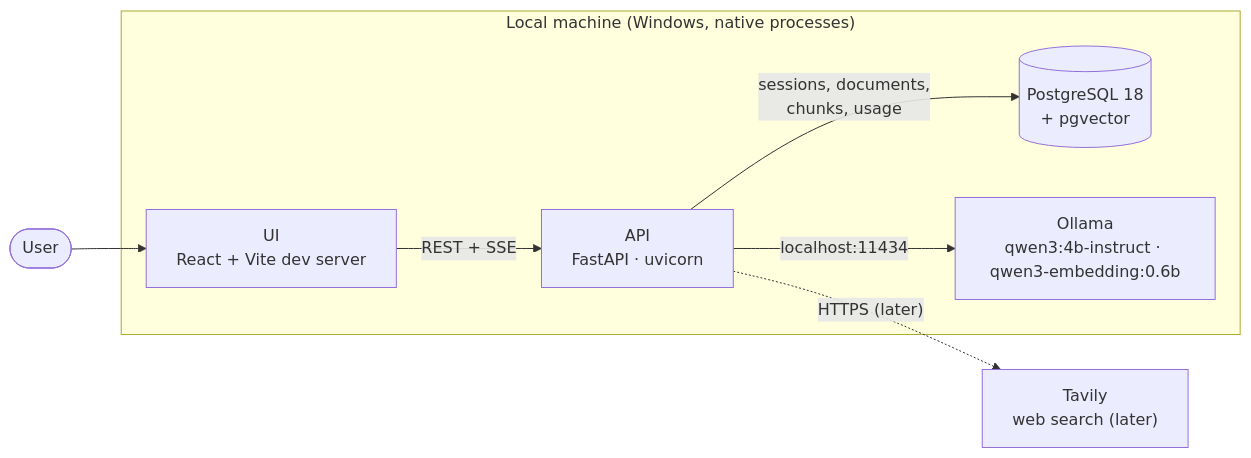
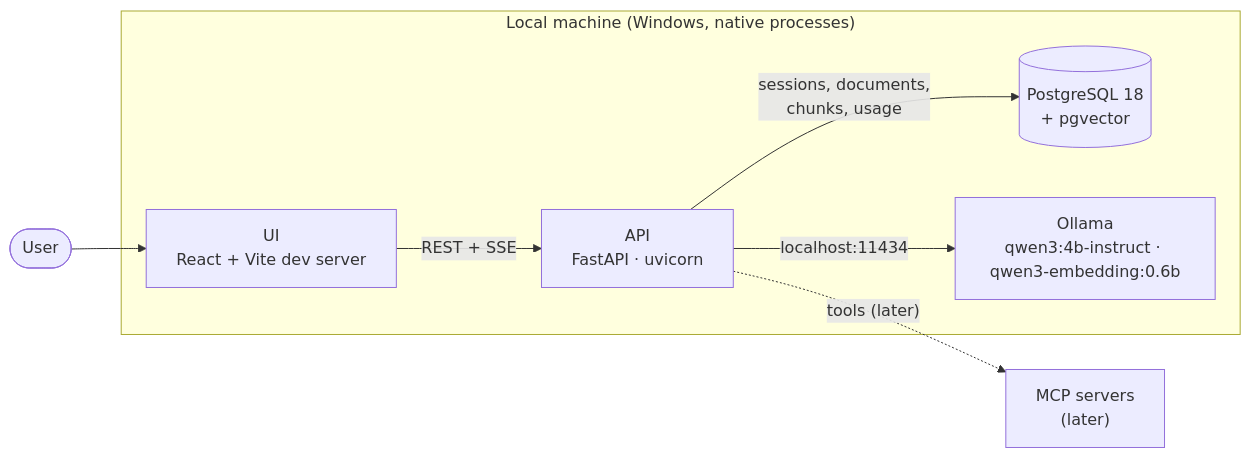
One commit to reddybharat/agentic-rag changed the first of 6 diagrams in docs/architecture.md. Above: the diagram before and after it, drawn with Mermaid. The commit also changed other lines of this file and 27 other files, not shown here.

````diff
--- a/docs/architecture.md
+++ b/docs/architecture.md
@@ -17,19 +17,19 @@
 ```mermaid
 flowchart LR
     user([User])
 
     subgraph Host["Local machine (Windows, native processes)"]
         ui["UI<br/>React + Vite dev server"]
         api["API<br/>FastAPI · uvicorn"]
         db[("PostgreSQL 18<br/>+ pgvector")]
         ollama["Ollama<br/>qwen3:4b-instruct · qwen3-embedding:0.6b"]
     end
 
-    tavily["Tavily<br/>web search (later)"]
+    mcp["MCP servers<br/>(later)"]
 
     user --> ui
     ui -- "REST + SSE" --> api
     api -- "sessions, documents,<br/>chunks, usage" --> db
     api -- "localhost:11434" --> ollama
-    api -. "HTTPS (later)" .-> tavily
+    api -. "tools (later)" .-> mcp
 ```
````
